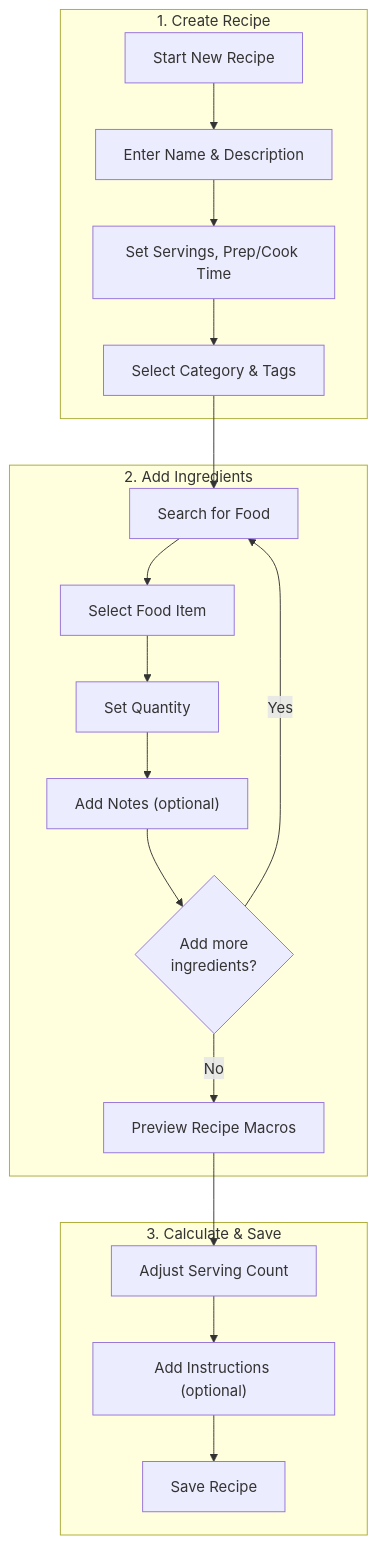
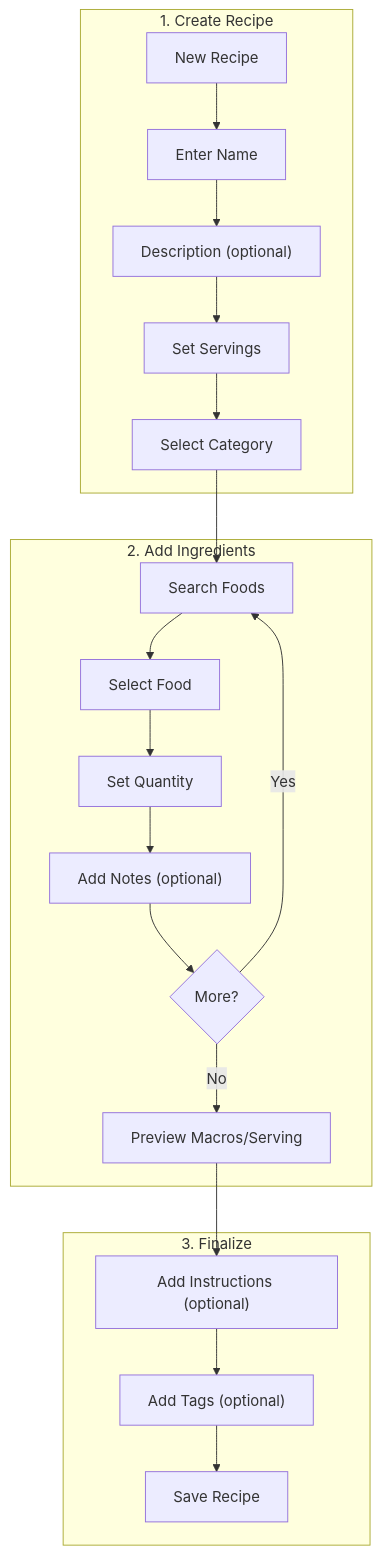
Before and after one commit to TimothyYao/meal-planning: diagram 13 of 26 in doc/recipes-design.md, drawn with Mermaid. The commit also changed other lines of this file, not shown here.

````diff
--- a/doc/recipes-design.md
+++ b/doc/recipes-design.md
@@ -203,25 +442,26 @@
 ```mermaid
 flowchart TB
-    subgraph Create["1. Create Recipe"]
-        Start["Start New Recipe"] --> Name["Enter Name & Description"]
-        Name --> Meta["Set Servings, Prep/Cook Time"]
-        Meta --> Category["Select Category & Tags"]
+    subgraph Phase1["1. Create Recipe"]
+        Start["New Recipe"] --> Name["Enter Name"]
+        Name --> Desc["Description (optional)"]
+        Desc --> Servings["Set Servings"]
+        Servings --> Category["Select Category"]
     end
     
-    subgraph Ingredients["2. Add Ingredients"]
-        Category --> SearchFood["Search for Food"]
-        SearchFood --> SelectFood["Select Food Item"]
-        SelectFood --> SetQuantity["Set Quantity"]
-        SetQuantity --> AddNotes["Add Notes (optional)"]
-        AddNotes --> AddMore{"Add more<br/>ingredients?"}
-        AddMore -->|Yes| SearchFood
-        AddMore -->|No| Preview
+    subgraph Phase2["2. Add Ingredients"]
+        Category --> SearchFood["Search Foods"]
+        SearchFood --> SelectFood["Select Food"]
+        SelectFood --> SetQty["Set Quantity"]
+        SetQty --> Notes["Add Notes (optional)"]
+        Notes --> More{"More?"}
+        More -->|Yes| SearchFood
+        More -->|No| Preview
     end
     
-    subgraph Calculate["3. Calculate & Save"]
-        Preview["Preview Recipe Macros"]
-        Preview --> AdjustServings["Adjust Serving Count"]
-        AdjustServings --> Instructions["Add Instructions (optional)"]
-        Instructions --> Save["Save Recipe"]
+    subgraph Phase3["3. Finalize"]
+        Preview["Preview Macros/Serving"]
+        Preview --> Instructions["Add Instructions (optional)"]
+        Instructions --> Tags["Add Tags (optional)"]
+        Tags --> Save["Save Recipe"]
     end
 ```
````
